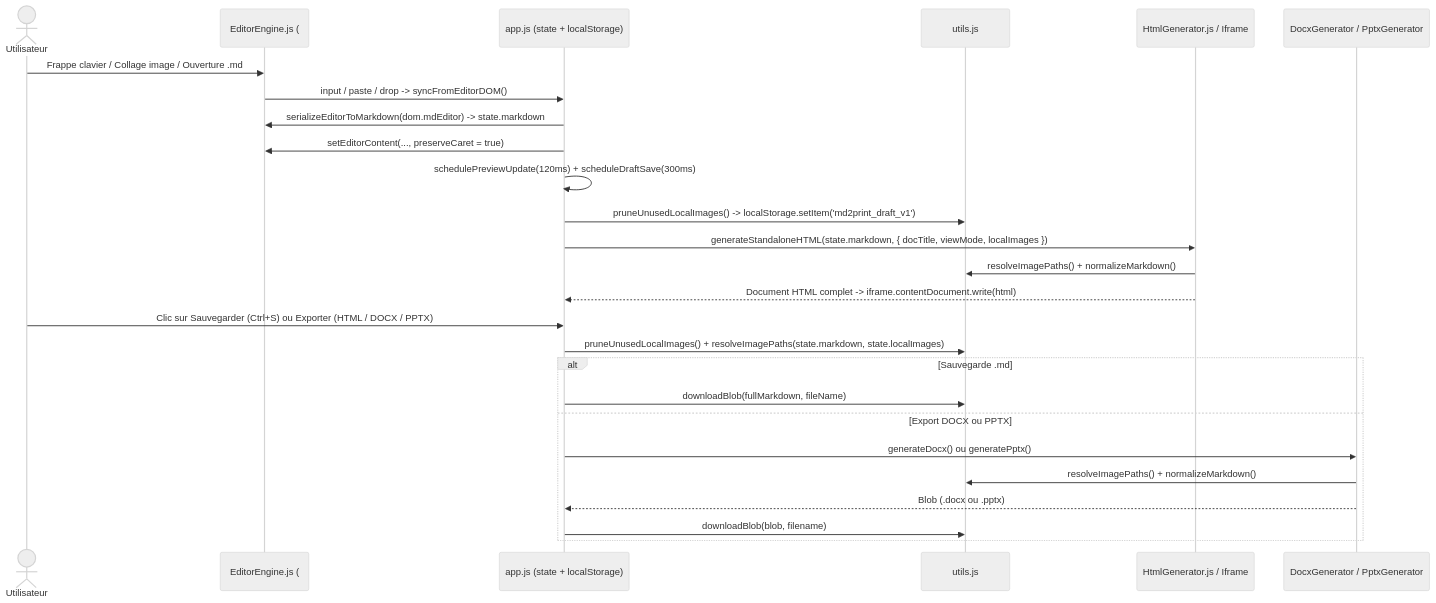
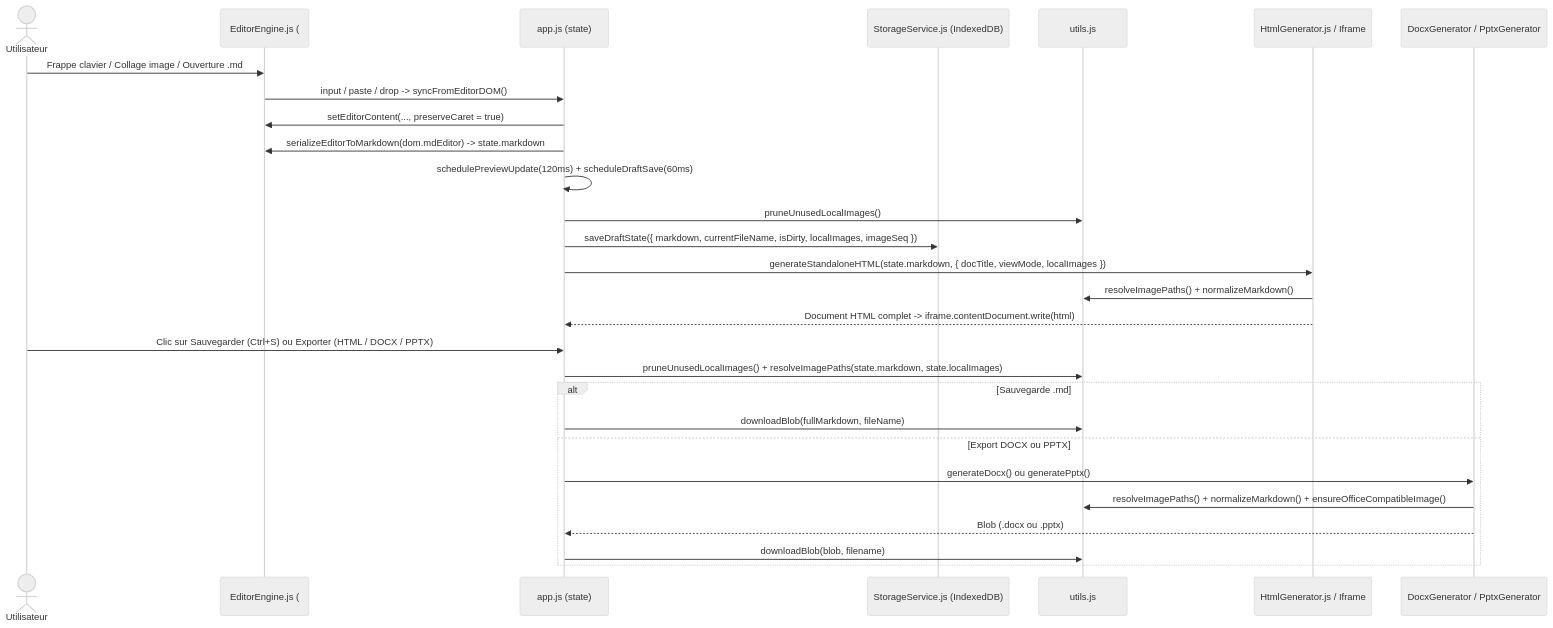
One commit to jiemji/md2print changed the second of 2 diagrams in .agents/artefacts/codebase_analysis.md. Above: the diagram before and after it, drawn with Mermaid (neutral theme). The commit also changed other lines of this file and 12 other files, not shown here.

Commit message:
feat: add core markdown to print/export utility modules and interface components

````diff
--- a/.agents/artefacts/codebase_analysis.md
+++ b/.agents/artefacts/codebase_analysis.md
@@ -81,30 +81,32 @@
 ```mermaid
 sequenceDiagram
     actor User as Utilisateur
     participant Editor as EditorEngine.js (#mdEditor)
-    participant App as app.js (state + localStorage)
+    participant App as app.js (state)
+    participant DB as StorageService.js (IndexedDB)
     participant Utils as utils.js
     participant Preview as HtmlGenerator.js / Iframe
     participant Office as DocxGenerator / PptxGenerator
 
     User->>Editor: Frappe clavier / Collage image / Ouverture .md
     Editor->>App: input / paste / drop -> syncFromEditorDOM()
+    App->>Editor: setEditorContent(..., preserveCaret = true)
     App->>Editor: serializeEditorToMarkdown(dom.mdEditor) -> state.markdown
-    App->>Editor: setEditorContent(..., preserveCaret = true)
-    App->>App: schedulePreviewUpdate(120ms) + scheduleDraftSave(300ms)
-    App->>Utils: pruneUnusedLocalImages() -> localStorage.setItem('md2print_draft_v1')
+    App->>App: schedulePreviewUpdate(120ms) + scheduleDraftSave(60ms)
+    App->>Utils: pruneUnusedLocalImages()
+    App->>DB: saveDraftState({ markdown, currentFileName, isDirty, localImages, imageSeq })
     App->>Preview: generateStandaloneHTML(state.markdown, { docTitle, viewMode, localImages })
     Preview->>Utils: resolveImagePaths() + normalizeMarkdown()
     Preview-->>App: Document HTML complet -> iframe.contentDocument.write(html)
 
     User->>App: Clic sur Sauvegarder (Ctrl+S) ou Exporter (HTML / DOCX / PPTX)
     App->>Utils: pruneUnusedLocalImages() + resolveImagePaths(state.markdown, state.localImages)
     alt Sauvegarde .md
         App->>Utils: downloadBlob(fullMarkdown, fileName)
     else Export DOCX ou PPTX
         App->>Office: generateDocx() ou generatePptx()
-        Office->>Utils: resolveImagePaths() + normalizeMarkdown()
+        Office->>Utils: resolveImagePaths() + normalizeMarkdown() + ensureOfficeCompatibleImage()
         Office-->>App: Blob (.docx ou .pptx)
         App->>Utils: downloadBlob(blob, filename)
     end
 ```
````
